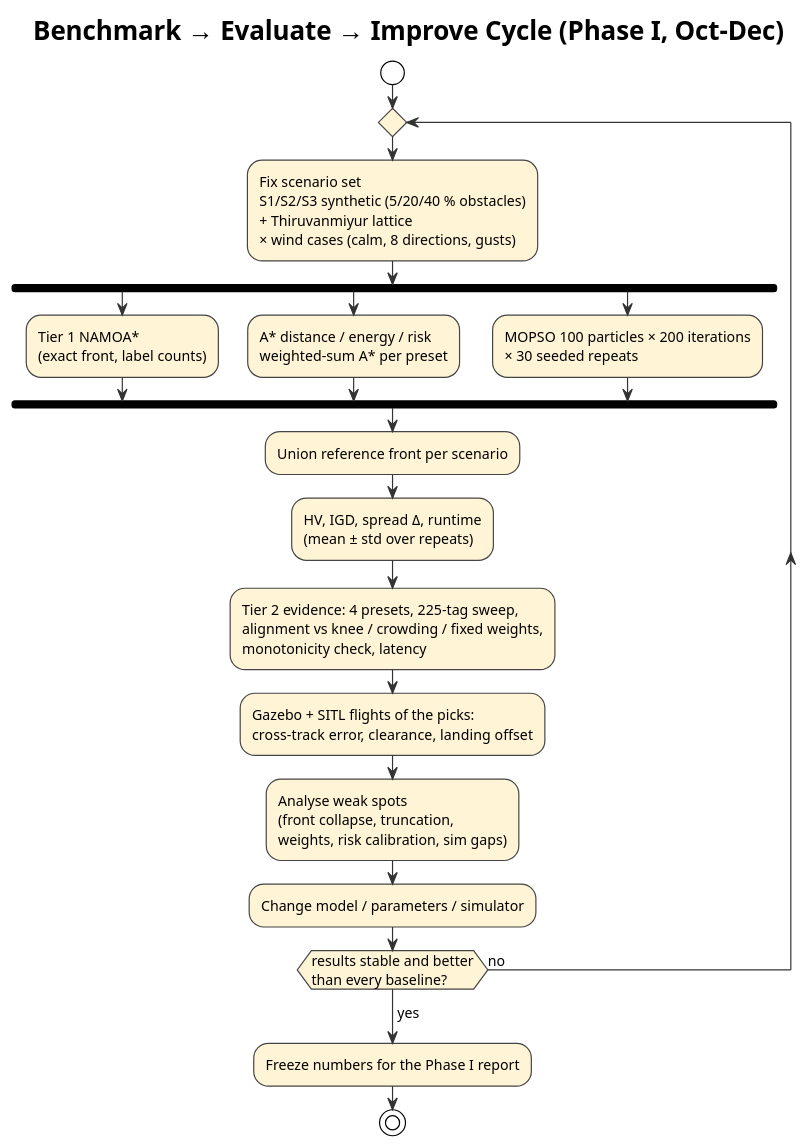
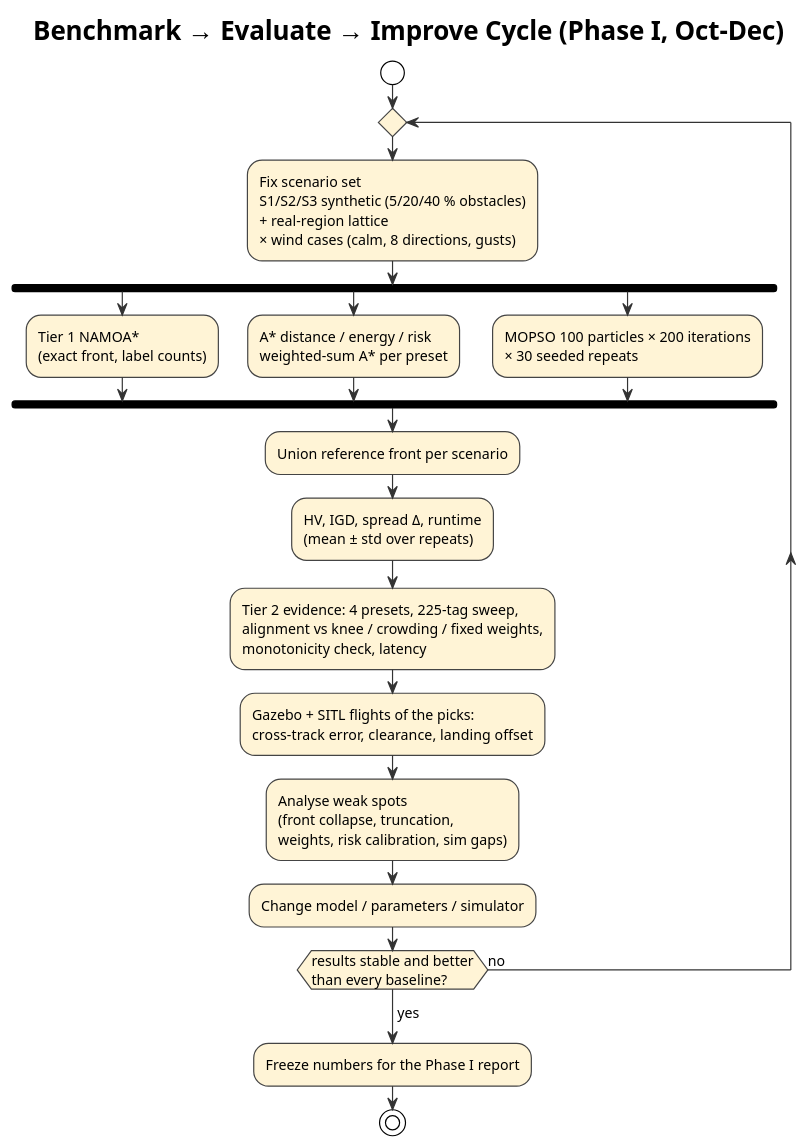
One commit to thirumuruganra/fyp-drone changed the diagram in Review_2/diagrams/eval_cycle.puml. Above: the diagram before and after it, drawn with PlantUML. The commit also changed 4 other files, not shown here.

```diff
--- a/Review_2/diagrams/eval_cycle.puml
+++ b/Review_2/diagrams/eval_cycle.puml
@@ -1,30 +1,30 @@
 @startuml eval_cycle
 !theme plain
 skinparam defaultFontSize 12
 skinparam ActivityBackgroundColor #FFF4D6
 skinparam ActivityBorderColor #444444
 skinparam ArrowColor #333333
 
 title Benchmark → Evaluate → Improve Cycle (Phase I, Oct–Dec)
 
 start
 repeat
-  :Fix scenario set\nS1/S2/S3 synthetic (5/20/40 % obstacles)\n+ Thiruvanmiyur lattice\n× wind cases (calm, 8 directions, gusts);
+  :Fix scenario set\nS1/S2/S3 synthetic (5/20/40 % obstacles)\n+ real-region lattice\n× wind cases (calm, 8 directions, gusts);
   fork
     :Tier 1 NAMOA*\n(exact front, label counts);
   fork again
     :A* distance / energy / risk\nweighted-sum A* per preset;
   fork again
     :MOPSO 100 particles × 200 iterations\n× 30 seeded repeats;
   end fork
   :Union reference front per scenario;
   :HV, IGD, spread Δ, runtime\n(mean ± std over repeats);
   :Tier 2 evidence: 4 presets, 225-tag sweep,\nalignment vs knee / crowding / fixed weights,\nmonotonicity check, latency;
   :Gazebo + SITL flights of the picks:\ncross-track error, clearance, landing offset;
   :Analyse weak spots\n(front collapse, truncation,\nweights, risk calibration, sim gaps);
   :Change model / parameters / simulator;
 repeat while (results stable and better\nthan every baseline?) is (no)
 ->yes;
 :Freeze numbers for the Phase I report;
 stop
 @enduml
```
